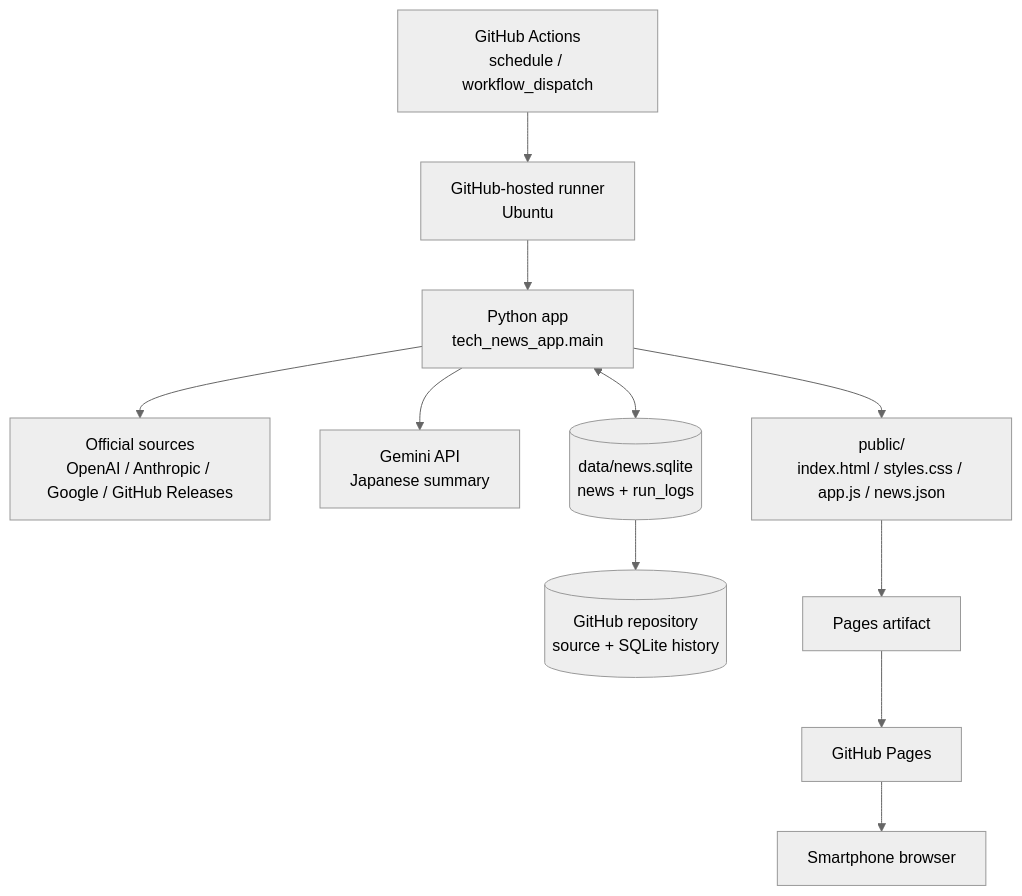
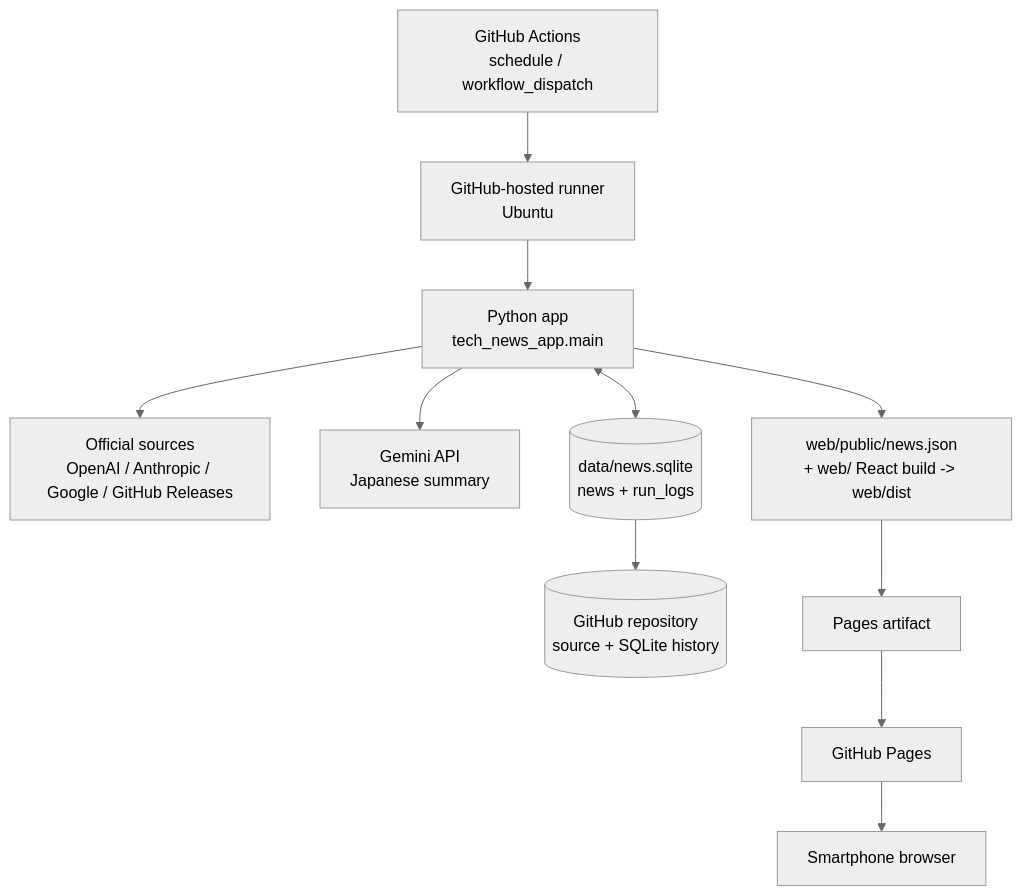
One commit to meak-c/tech_news_app- changed the first of 2 diagrams in docs/architecture.md. Above: the diagram before and after it, drawn with Mermaid (neutral theme). The commit also changed other lines of this file and 30 other files, not shown here.

````diff
--- a/docs/architecture.md
+++ b/docs/architecture.md
@@ -7,25 +7,25 @@
 ```mermaid
 flowchart TD
     Schedule[GitHub Actions<br>schedule / workflow_dispatch]
     Runner[GitHub-hosted runner<br>Ubuntu]
     App[Python app<br>tech_news_app.main]
     Sources[Official sources<br>OpenAI / Anthropic / Google / GitHub Releases]
     Gemini[Gemini API<br>Japanese summary]
     SQLite[(data/news.sqlite<br>news + run_logs)]
-    Public[public/<br>index.html / styles.css / app.js / news.json]
+    Public[web/public/news.json<br>+ web/ React build -> web/dist]
     Repo[(GitHub repository<br>source + SQLite history)]
     Artifact[Pages artifact]
     Pages[GitHub Pages]
     Phone[Smartphone browser]
 
     Schedule --> Runner
     Runner --> App
     App --> Sources
     App --> Gemini
     App <--> SQLite
     App --> Public
     SQLite --> Repo
     Public --> Artifact
     Artifact --> Pages
     Pages --> Phone
 ```
````
